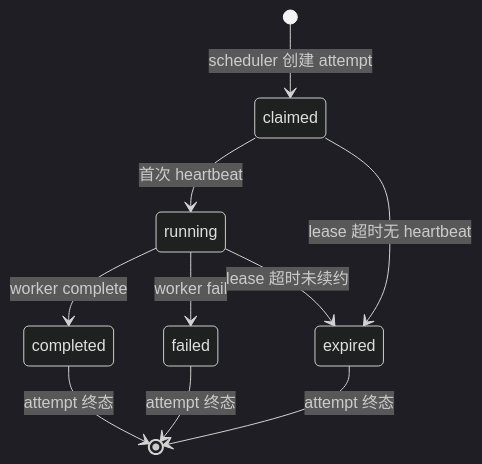
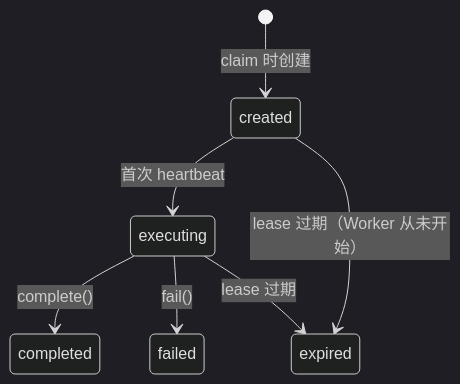
Before and after one commit to YoungerYang-Y/ai-sdlc-platform: the fourth of 4 diagrams in docs/design-docs/scheduler.md, drawn with Mermaid (dark theme). The commit also changed other lines of this file, not shown here.

Commit message:
docs(design-docs): 添加 Scheduler 调度设计文档

````diff
--- a/docs/design-docs/scheduler.md
+++ b/docs/design-docs/scheduler.md
@@ -167,12 +145,9 @@
 ```mermaid
 stateDiagram-v2
-  [*] --> claimed: scheduler 创建 attempt
-  claimed --> running: 首次 heartbeat
-  running --> completed: worker complete
-  running --> failed: worker fail
-  running --> expired: lease 超时未续约
-  claimed --> expired: lease 超时无 heartbeat
-  expired --> [*]: attempt 终态
-  completed --> [*]: attempt 终态
-  failed --> [*]: attempt 终态
+    [*] --> created: claim 时创建
+    created --> executing: 首次 heartbeat
+    executing --> completed: complete()
+    executing --> failed: fail()
+    executing --> expired: lease 过期
+    created --> expired: lease 过期（Worker 从未开始）
 ```
````
